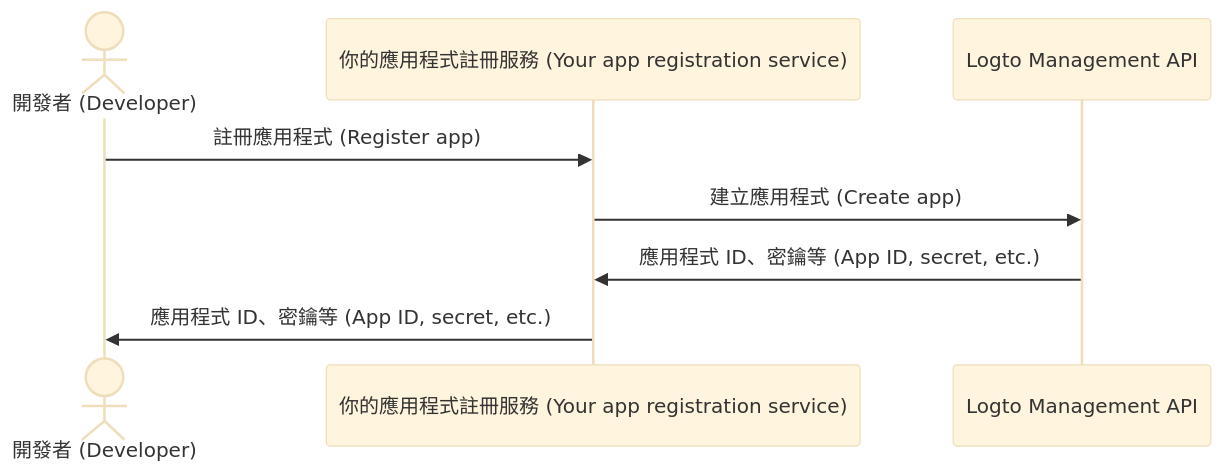
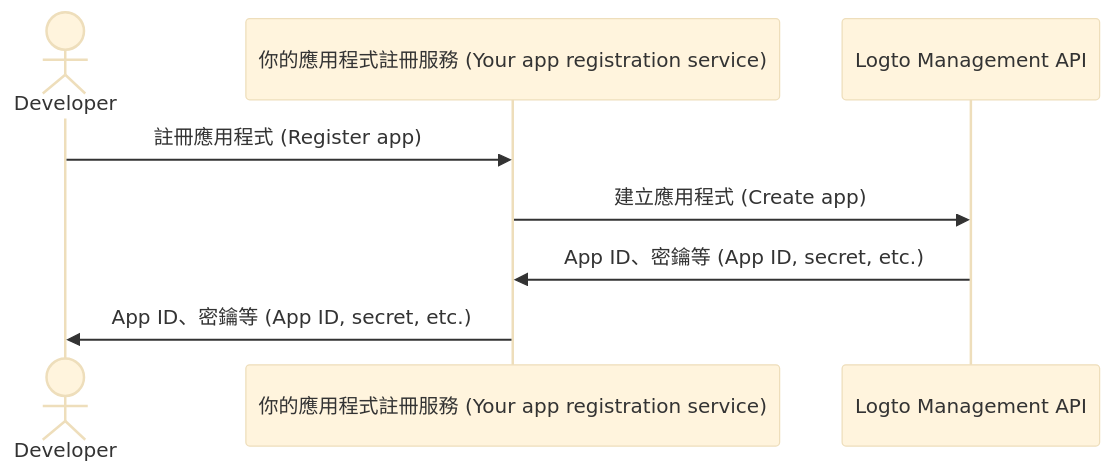
The diagram in i18n/zh-TW/docusaurus-plugin-content-docs/current/use-cases/ai/fragments/_configure-third-party-ai-agent.mdx (logto-io/docs), drawn with Mermaid (base theme) before and after one commit. The commit also changed other lines of this file and 117 other files, not shown here.

````diff
--- a/i18n/zh-TW/docusaurus-plugin-content-docs/current/use-cases/ai/fragments/_configure-third-party-ai-agent.mdx
+++ b/i18n/zh-TW/docusaurus-plugin-content-docs/current/use-cases/ai/fragments/_configure-third-party-ai-agent.mdx
@@ -13,10 +19,10 @@
 ```mermaid
 sequenceDiagram
-  actor Developer as 開發者 (Developer)
+  actor Developer
   participant Server as 你的應用程式註冊服務 (Your app registration service)
   participant Logto as Logto Management API
   Developer->>Server: 註冊應用程式 (Register app)
   Server->>Logto: 建立應用程式 (Create app)
-  Logto->>Server: 應用程式 ID、密鑰等 (App ID, secret, etc.)
-  Server->>Developer: 應用程式 ID、密鑰等 (App ID, secret, etc.)
+  Logto->>Server: App ID、密鑰等 (App ID, secret, etc.)
+  Server->>Developer: App ID、密鑰等 (App ID, secret, etc.)
 ```
````
